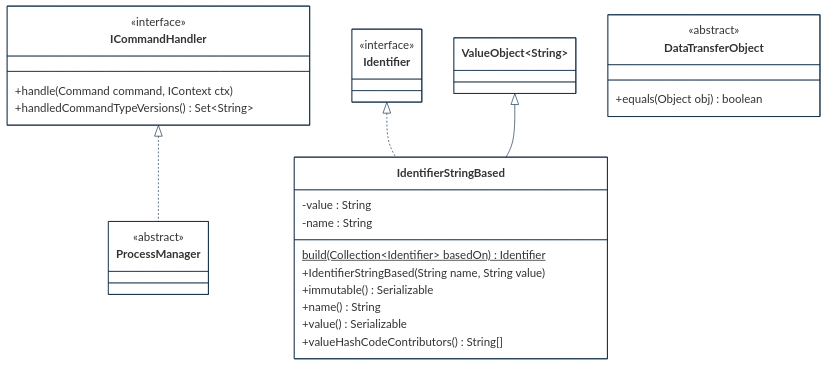
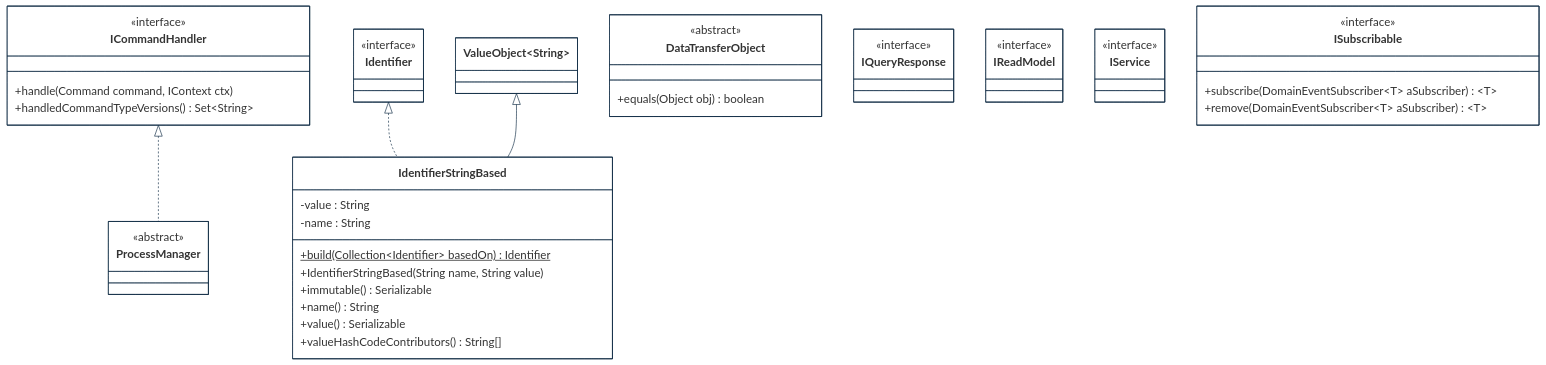
Before and after one commit to cybnity/foundation: the second of 7 diagrams in implementations-line/framework/domain/designview-packages.md, drawn with Mermaid. The commit also changed other lines of this file, not shown here.

````diff
--- a/implementations-line/framework/domain/designview-packages.md
+++ b/implementations-line/framework/domain/designview-packages.md
@@ -90,50 +90,64 @@
 ```mermaid
 %%{
   init: {
     'theme': 'base',
     'themeVariables': {
         'background': '#ffffff',
         'fontFamily': 'arial',
         'fontSize': '18px',
         'primaryColor': '#fff',
         'primaryBorderColor': '#0e2a43',
         'secondaryBorderColor': '#0e2a43',
         'tertiaryBorderColor': '#0e2a43',
         'edgeLabelBackground':'#0e2a43',
         'lineColor': '#0e2a43',
         'tertiaryColor': '#fff'
     }
   }
 }%%
 classDiagram
     ICommandHandler <|.. ProcessManager
     Identifier <|.. IdentifierStringBased
     ValueObject~String~ <|-- IdentifierStringBased
 
     class ICommandHandler {
         <<interface>>
         +handle(Command command, IContext ctx)
         +handledCommandTypeVersions() Set~String~
     }
     class DataTransferObject {
         <<abstract>>
         +equals(Object obj) boolean
     }
+    class IQueryResponse {
+        <<interface>>
+    }
     class ProcessManager {
         <<abstract>>
     }
     class Identifier {
         <<interface>>
     }
     class IdentifierStringBased {
         -value : String
         -name : String
-        build(Collection~Identifier~ basedOn)$ Identifier
+        +build(Collection~Identifier~ basedOn)$ Identifier
         +IdentifierStringBased(String name, String value)
         +immutable() Serializable
         +name() String
         +value() Serializable
         +valueHashCodeContributors() String[]
     }
+    class IReadModel {
+        <<interface>>
+    }
+    class IService {
+        <<interface>>
+    }
+    class ISubscribable {
+        <<interface>>
+        +subscribe(DomainEventSubscriber~T~ aSubscriber) ~T~
+        +remove(DomainEventSubscriber~T~ aSubscriber) ~T~
+    }
 
 ```
````
